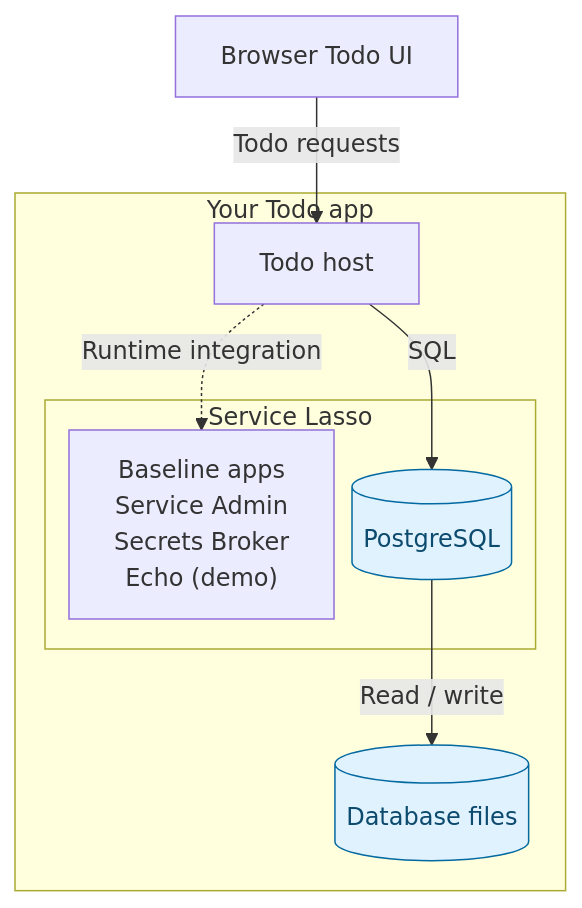
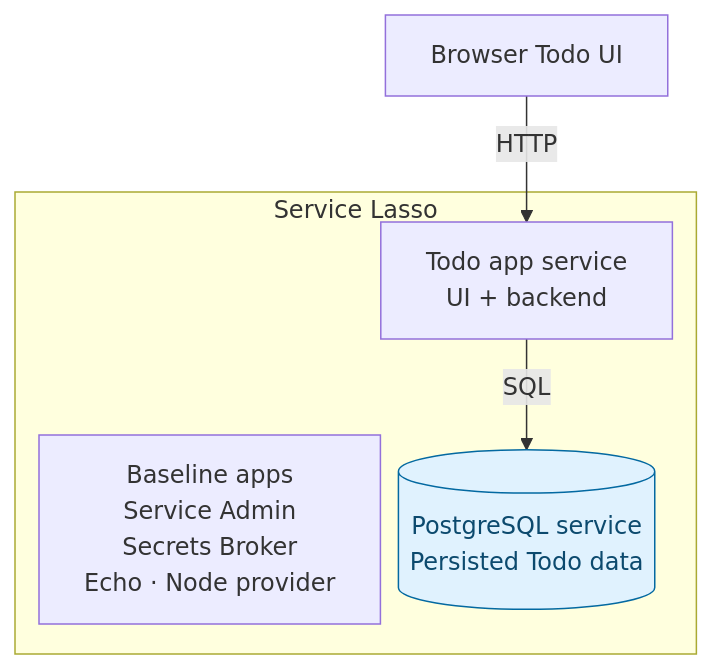
Before and after one commit to service-lasso/service-lasso: the diagram in docs/getting-started/intermediate-make-todo-app-durable.md, drawn with Mermaid. The commit also changed other lines of this file and 18 other files, not shown here.

Commit message:
docs(1658): teach runnable managed Todo service progression

````diff
--- a/docs/getting-started/intermediate-make-todo-app-durable.md
+++ b/docs/getting-started/intermediate-make-todo-app-durable.md
@@ -16,21 +18,16 @@
 ```mermaid
 %%{init: {"flowchart": {"nodeSpacing": 12, "rankSpacing": 40}}}%%
 flowchart TB
-  accTitle: Stage 2: Todo application and managed services
-  accDescr: The Todo application owns its host and storage. Service Lasso manages Service Admin, Secrets Broker and Echo, with PostgreSQL added in stage 2 and a Go Todo API added in stage 3. Local JSON and database files are storage, not services.
+  accTitle: Stage 2: Add managed PostgreSQL
+  accDescr: Service Lasso manages the Todo app from stage one alongside baseline apps. Stage two adds PostgreSQL. Stage three adds a Go API between the Todo service and database. JSON storage belongs to the Todo service and is not a separate service.
   browser["Browser Todo UI"]
-  subgraph app["Your Todo app"]
-    host["Todo host"]
-    subgraph lasso["Service Lasso"]
-      baseline["Baseline apps<br/>Service Admin<br/>Secrets Broker<br/>Echo (demo)"]
-      db[("PostgreSQL")]
-    end
-    data[("Database files")]
+  subgraph lasso["Service Lasso"]
+    baseline["Baseline apps<br/>Service Admin<br/>Secrets Broker<br/>Echo · Node provider"]
+    todo["Todo app service<br/>UI + backend"]
+    db[("PostgreSQL service<br/>Persisted Todo data")]
   end
-  browser -->|Todo requests| host
-  host -->|SQL| db
-  db -->|Read / write| data
-  host -. Runtime integration .-> baseline
+  browser -->|HTTP| todo
+  todo -->|SQL| db
   classDef added fill:#e0f2fe,stroke:#0369a1,color:#0c4a6e
-  class db,data added
+  class db added
 ```
````
